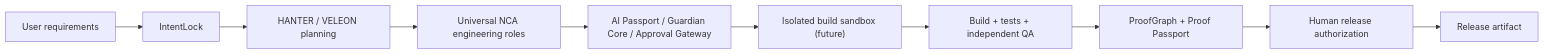
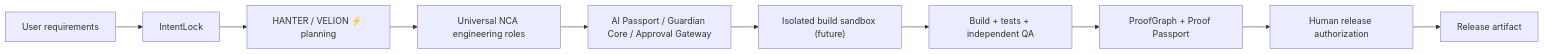
Before and after one commit to oromaskevic23-cmd/CONSTRUCTOR-AI: the diagram in README.md, drawn with Mermaid. The commit also changed other lines of this file, not shown here.

Commit message:
docs(brand): correct intelligence name to VELION ⚡️

````diff
--- a/README.md
+++ b/README.md
@@ -93,12 +93,12 @@
 ```mermaid
 flowchart LR
   User["User requirements"] --> Lock["IntentLock"]
-  Lock --> Plan["HANTER / VELEON planning"]
+  Lock --> Plan["HANTER / VELION ⚡️ planning"]
   Plan --> Agent["Universal NCA engineering roles"]
   Agent --> Gate["AI Passport / Guardian Core / Approval Gateway"]
   Gate --> Sandbox["Isolated build sandbox (future)"]
   Sandbox --> Tests["Build + tests + independent QA"]
   Tests --> Proof["ProofGraph + Proof Passport"]
   Proof --> Human["Human release authorization"]
   Human --> Artifact["Release artifact"]
 ```
````
